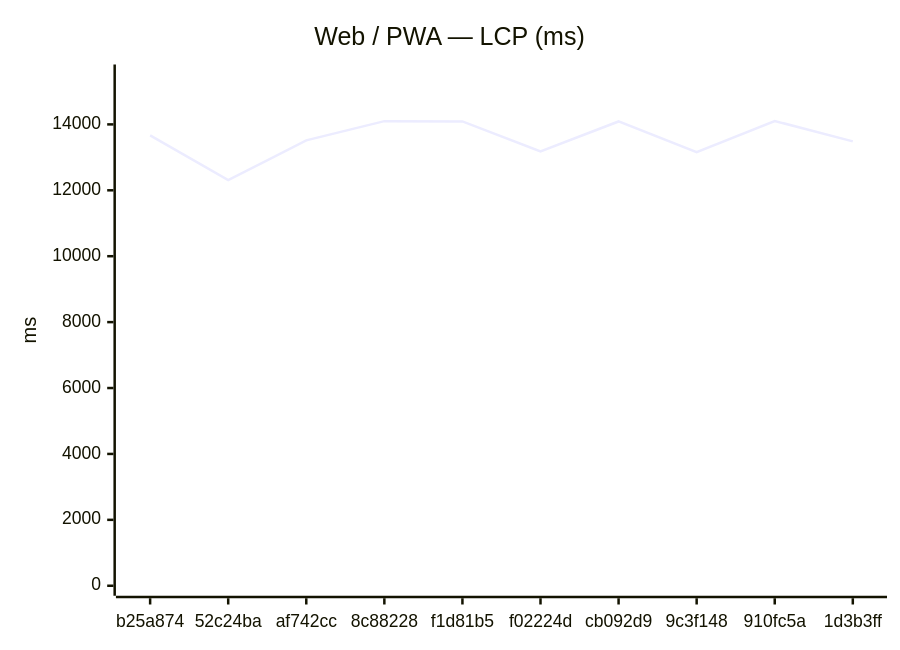
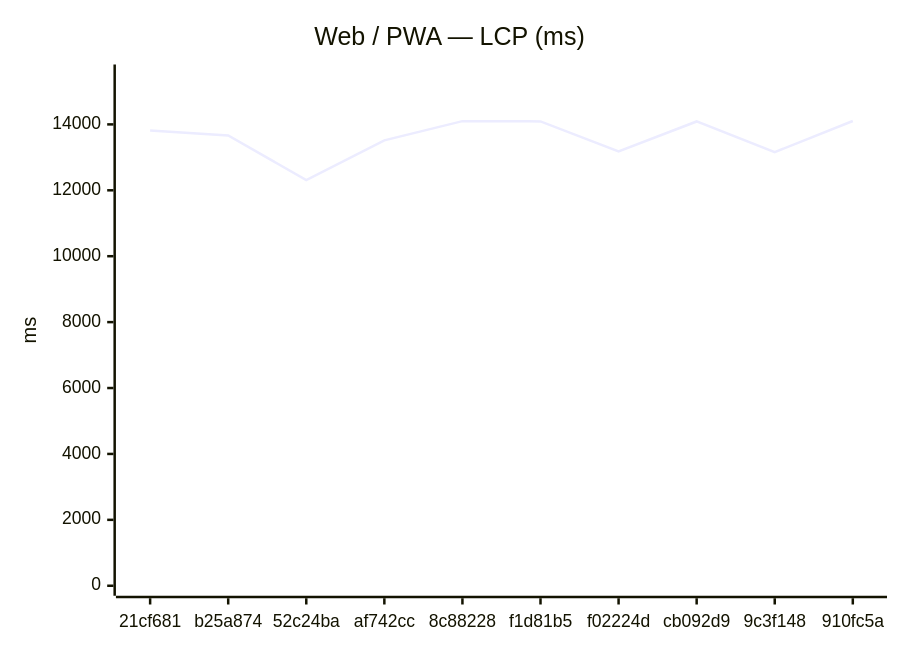
The first of 18 diagrams in benchmarks/compare.md (Metaheurist/Rianell), drawn with Mermaid before and after one commit. The commit also changed other lines of this file and 11 other files, not shown here.

````diff
--- a/benchmarks/compare.md
+++ b/benchmarks/compare.md
@@ -24,7 +24,7 @@
 ```mermaid
 xychart-beta
     title "Web / PWA — LCP (ms)"
-    x-axis ["b25a874", "52c24ba", "af742cc", "8c88228", "f1d81b5", "f02224d", "cb092d9", "9c3f148", "910fc5a", "1d3b3ff"]
+    x-axis ["21cf681", "b25a874", "52c24ba", "af742cc", "8c88228", "f1d81b5", "f02224d", "cb092d9", "9c3f148", "910fc5a"]
     y-axis "ms" 0 --> 15514
-    line [13665, 12311, 13514, 14099, 14091, 13178, 14089, 13157, 14103, 13484]
+    line [13811, 13665, 12311, 13514, 14099, 14091, 13178, 14089, 13157, 14103]
 ```
````
